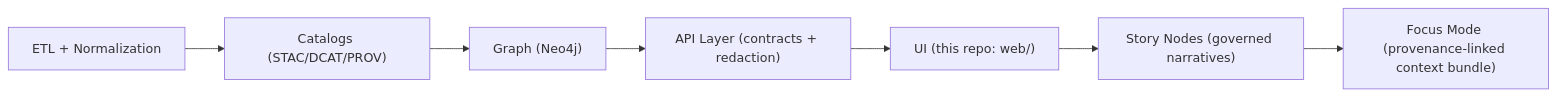
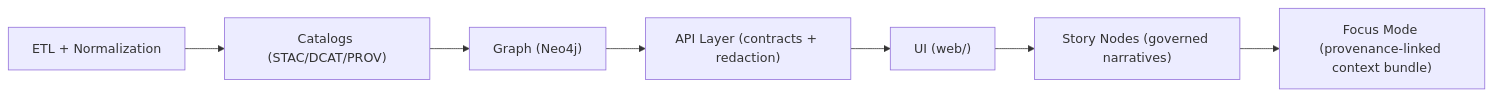
One commit to bartytime4life/Kansas-Frontier-Matrix changed the diagram in web/src/features/README.md. Above: the diagram before and after it, drawn with Mermaid. The commit also changed other lines of this file, not shown here.

````diff
--- a/web/src/features/README.md
+++ b/web/src/features/README.md
@@ -19,9 +46,9 @@
 ```mermaid
 flowchart LR
   A["ETL + Normalization"] --> B["Catalogs (STAC/DCAT/PROV)"]
   B --> C["Graph (Neo4j)"]
   C --> D["API Layer (contracts + redaction)"]
-  D --> E["UI (this repo: web/)"]
+  D --> E["UI (web/)"]
   E --> F["Story Nodes (governed narratives)"]
   F --> G["Focus Mode (provenance-linked context bundle)"]
 ```
````
